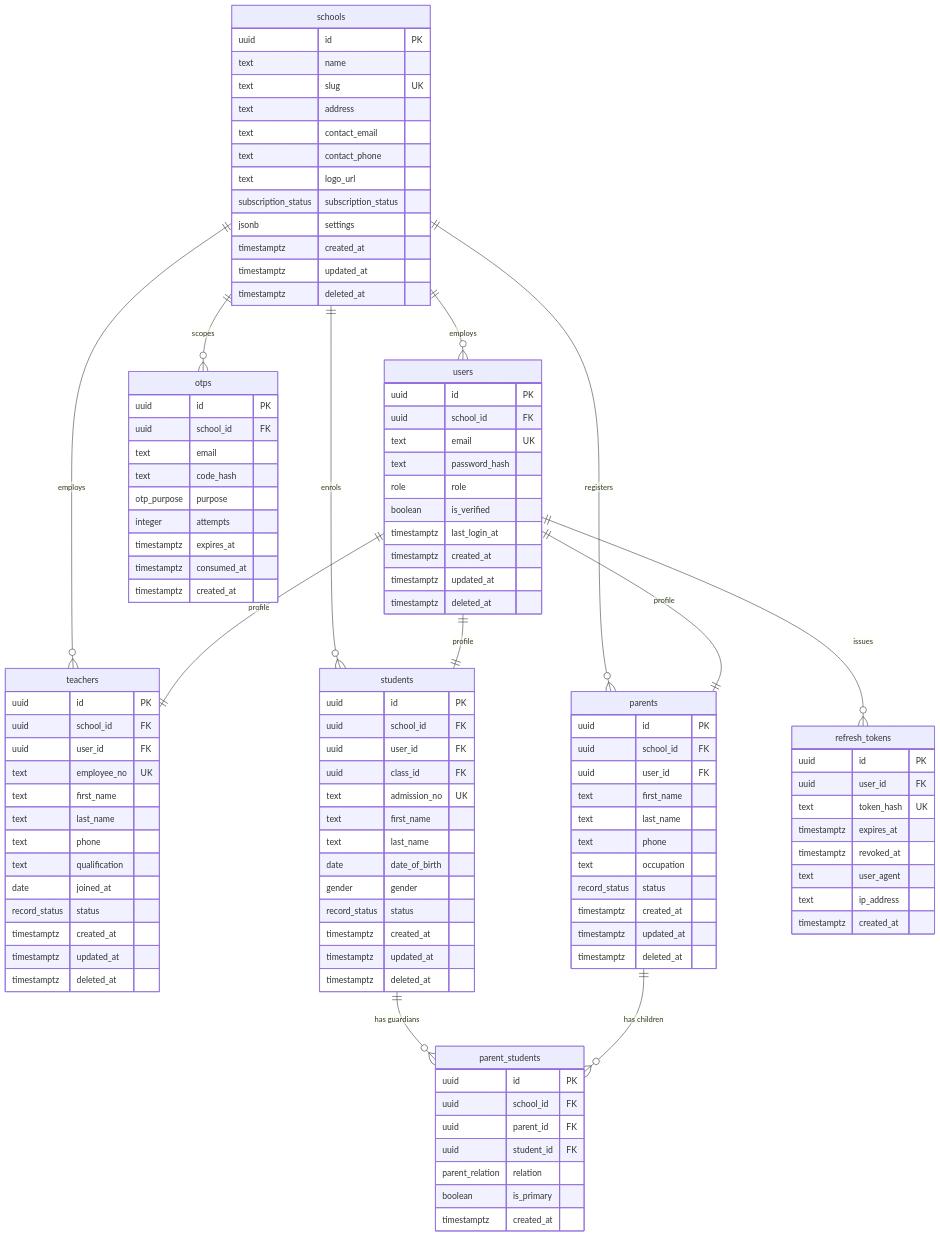
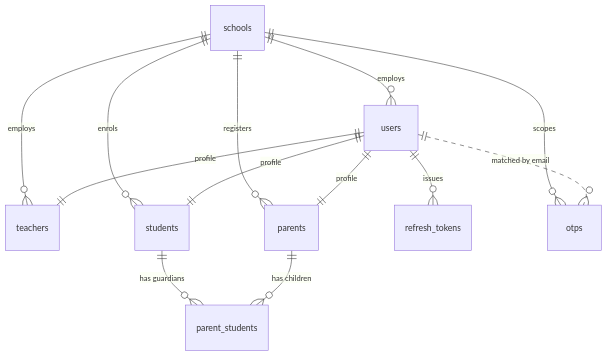
Before and after one commit to rahmat058/school-flow-ai: the first of 43 diagrams in docs/backend/Database.md, drawn with Mermaid. The commit also changed other lines of this file and 2 other files, not shown here.

````diff
--- a/docs/backend/Database.md
+++ b/docs/backend/Database.md
@@ -74,106 +85,7 @@
   users ||--|| parents : "profile"
   users ||--o{ refresh_tokens : "issues"
   schools ||--o{ otps : "scopes"
+  users ||..o{ otps : "matched by email"
   students ||--o{ parent_students : "has guardians"
   parents ||--o{ parent_students : "has children"
-
-  schools {
-    uuid id PK
-    text name
-    text slug UK
-    text address
-    text contact_email
-    text contact_phone
-    text logo_url
-    subscription_status subscription_status
-    jsonb settings
-    timestamptz created_at
-    timestamptz updated_at
-    timestamptz deleted_at
-  }
-  users {
-    uuid id PK
-    uuid school_id FK
-    text email UK
-    text password_hash
-    role role
-    boolean is_verified
-    timestamptz last_login_at
-    timestamptz created_at
-    timestamptz updated_at
-    timestamptz deleted_at
-  }
-  teachers {
-    uuid id PK
-    uuid school_id FK
-    uuid user_id FK
-    text employee_no UK
-    text first_name
-    text last_name
-    text phone
-    text qualification
-    date joined_at
-    record_status status
-    timestamptz created_at
-    timestamptz updated_at
-    timestamptz deleted_at
-  }
-  students {
-    uuid id PK
-    uuid school_id FK
-    uuid user_id FK
-    uuid class_id FK
-    text admission_no UK
-    text first_name
-    text last_name
-    date date_of_birth
-    gender gender
-    record_status status
-    timestamptz created_at
-    timestamptz updated_at
-    timestamptz deleted_at
-  }
-  parents {
-    uuid id PK
-    uuid school_id FK
-    uuid user_id FK
-    text first_name
-    text last_name
-    text phone
-    text occupation
-    record_status status
-    timestamptz created_at
-    timestamptz updated_at
-    timestamptz deleted_at
-  }
-  parent_students {
-    uuid id PK
-    uuid school_id FK
-    uuid parent_id FK
-    uuid student_id FK
-    parent_relation relation
-    boolean is_primary
-    timestamptz created_at
-  }
-  refresh_tokens {
-    uuid id PK
-    uuid user_id FK
-    text token_hash UK
-    timestamptz expires_at
-    timestamptz revoked_at
-    text user_agent
-    text ip_address
-    timestamptz created_at
-  }
-  otps {
-    uuid id PK
-    uuid school_id FK
-    text email
-    text code_hash
-    otp_purpose purpose
-    integer attempts
-    timestamptz expires_at
-    timestamptz consumed_at
-    timestamptz created_at
-  }
 ```
````
